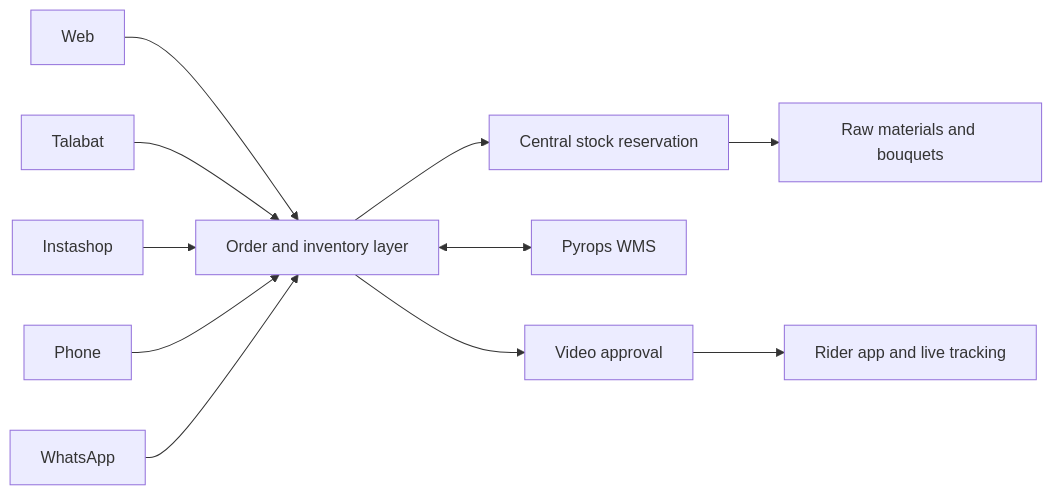
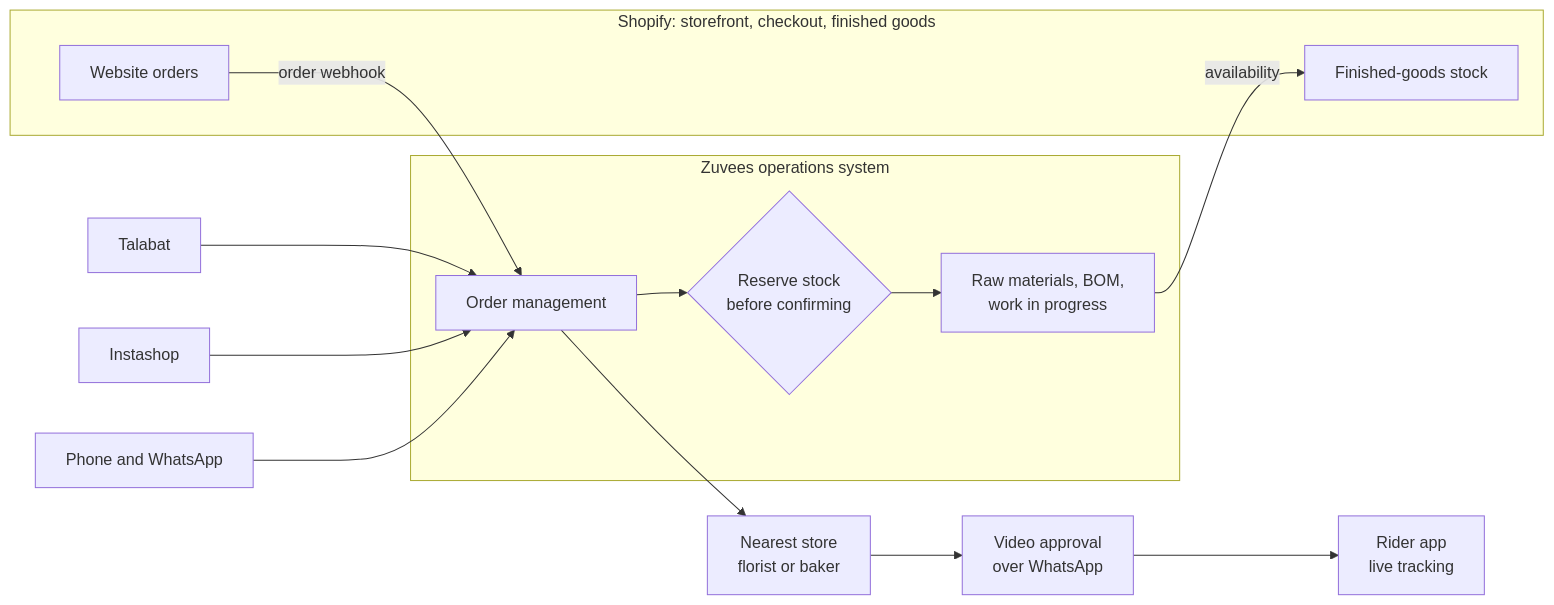
One commit to Newton-School/newtonschool-studio changed the first of 4 diagrams in content/case-studies/zuvees.md. Above: the diagram before and after it, drawn with Mermaid. The commit also changed other lines of this file and 6 other files, not shown here.

````diff
--- a/content/case-studies/zuvees.md
+++ b/content/case-studies/zuvees.md
@@ -56,13 +156,21 @@
 ```mermaid
 flowchart LR
-  A[Web] --> F[Order and inventory layer]
-  B[Talabat] --> F
-  C[Instashop] --> F
-  D[Phone] --> F
-  E[WhatsApp] --> F
-  F --> G[Central stock reservation]
-  G --> H[Raw materials and bouquets]
-  F <--> I[Pyrops WMS]
-  F --> J[Video approval]
-  J --> K[Rider app and live tracking]
+  subgraph Shopify[Shopify: storefront, checkout, finished goods]
+    W[Website orders]
+    INV[Finished-goods stock]
+  end
+  subgraph Ops[Zuvees operations system]
+    OMS[Order management]
+    RM[Raw materials, BOM,<br/>work in progress]
+    R{Reserve stock<br/>before confirming}
+  end
+  W -- order webhook --> OMS
+  T[Talabat] --> OMS
+  I[Instashop] --> OMS
+  P[Phone and WhatsApp] --> OMS
+  OMS --> R --> RM
+  RM -- availability --> INV
+  OMS --> S[Nearest store<br/>florist or baker]
+  S --> V[Video approval<br/>over WhatsApp]
+  V --> D[Rider app<br/>live tracking]
 ```
````
